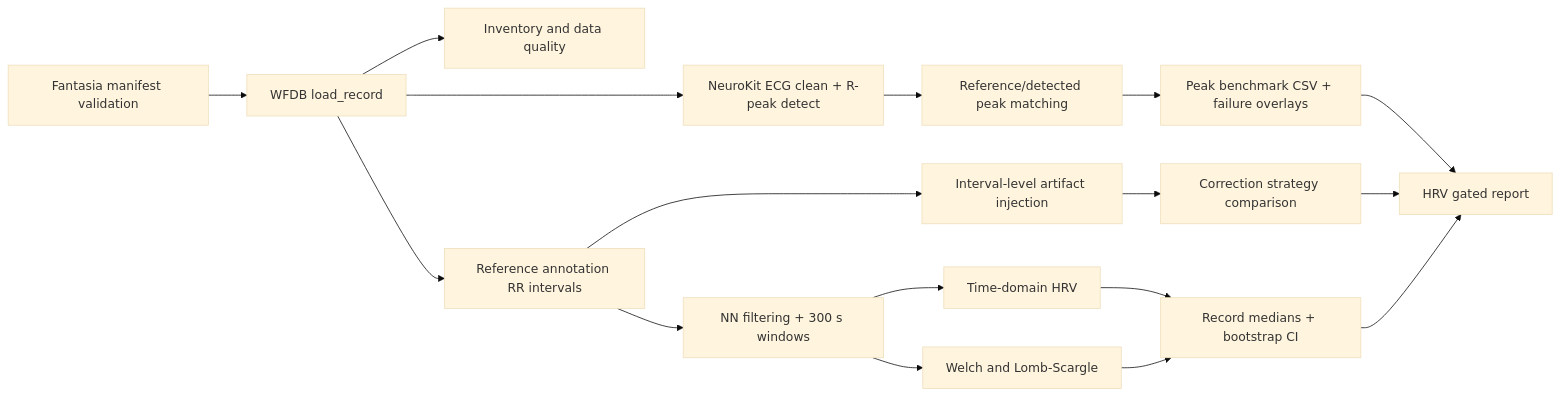
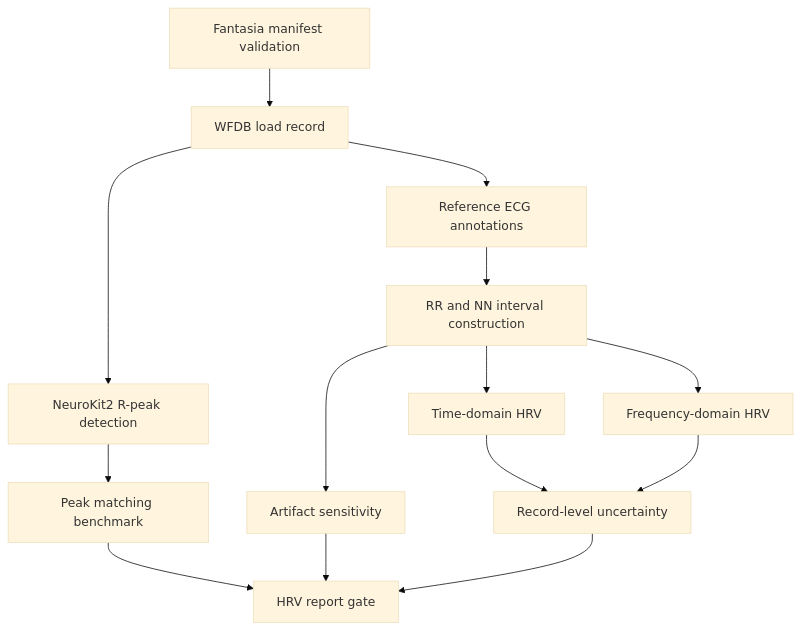
Before and after one commit to Yikuan-Yan/Physiological-Signal-Analysis: the first of 3 diagrams in WORK_GUIDE.md, drawn with Mermaid (base theme). The commit also changed other lines of this file and 10 other files, not shown here.

````diff
--- a/WORK_GUIDE.md
+++ b/WORK_GUIDE.md
@@ -220,19 +192,16 @@
 ```mermaid
-flowchart LR
-    A[Fantasia manifest validation] --> B[WFDB load_record]
-    B --> C[Inventory and data quality]
-    B --> D[NeuroKit ECG clean + R-peak detect]
-    D --> E[Reference/detected peak matching]
-    E --> F[Peak benchmark CSV + failure overlays]
-    B --> G[Reference annotation RR intervals]
-    G --> H[NN filtering + 300 s windows]
-    H --> I[Time-domain HRV]
-    H --> J[Welch and Lomb-Scargle]
-    G --> K[Interval-level artifact injection]
-    K --> L[Correction strategy comparison]
-    I --> M[Record medians + bootstrap CI]
-    J --> M
-    F --> N[HRV gated report]
-    L --> N
-    M --> N
+flowchart TD
+    A[Fantasia manifest validation] --> B[WFDB load record]
+    B --> C[NeuroKit2 R-peak detection]
+    B --> D[Reference ECG annotations]
+    C --> E[Peak matching benchmark]
+    D --> F[RR and NN interval construction]
+    F --> G[Time-domain HRV]
+    F --> H[Frequency-domain HRV]
+    F --> I[Artifact sensitivity]
+    G --> J[Record-level uncertainty]
+    H --> J
+    E --> K[HRV report gate]
+    I --> K
+    J --> K
 ```
````
